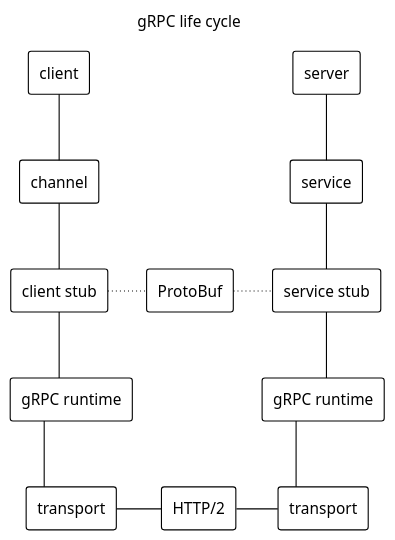
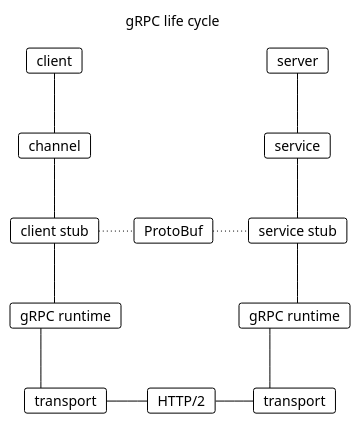
Before and after one commit to c0p4c4b4n4/grpc-grpc-java: the diagram in images/gRPC.puml, drawn with PlantUML. The commit also changed 1 other file, not shown here.

```diff
--- a/images/gRPC.puml
+++ b/images/gRPC.puml
@@ -1,47 +1,47 @@
 @startuml
 !theme plain
-scale 1.1
+scale 1.0
 title gRPC life cycle
 skinparam TitleFontStyle plain
 skinparam TitleFontSize 14
 skinparam defaultTextAlignment center
 skinparam linetype ortho
 
-rectangle "client" as C0
-rectangle "channel" as C1
-rectangle "client stub" as C2
-rectangle "gRPC runtime" as C3
-rectangle "transport" as C4
+card "client" as C0
+card "channel" as C1
+card "client stub" as C2
+card "gRPC runtime" as C3
+card "transport" as C4
 
-rectangle "server" as S0
-rectangle "service" as S1
-rectangle "service stub" as S2
-rectangle "gRPC runtime" as S3
-rectangle "transport" as S4
+card "server" as S0
+card "service" as S1
+card "service stub" as S2
+card "gRPC runtime" as S3
+card "transport" as S4
 
-rectangle "ProtoBuf" as P
-rectangle "HTTP/2" as H
+card "ProtoBuf" as P
+card "HTTP/2" as H
 
 C0 -d- C1
 C1 -d- C2
 C2 -d- C3
 C3 -d- C4
 C3 -[hidden]d- C4
 C3 -[hidden]d- C4
 C3 -[hidden]d- C4
 
 S0 -d- S1
 S1 -d- S2
 S2 -d- S3
 S3 -d- S4
 S3 -[hidden]d- S4
 S3 -[hidden]d- S4
 S3 -[hidden]d- S4
 
 C2 -[dotted]r- P
 P -[dotted]r- S2
 
 C4 -r- H
 H -r- S4
 
 @enduml
```
